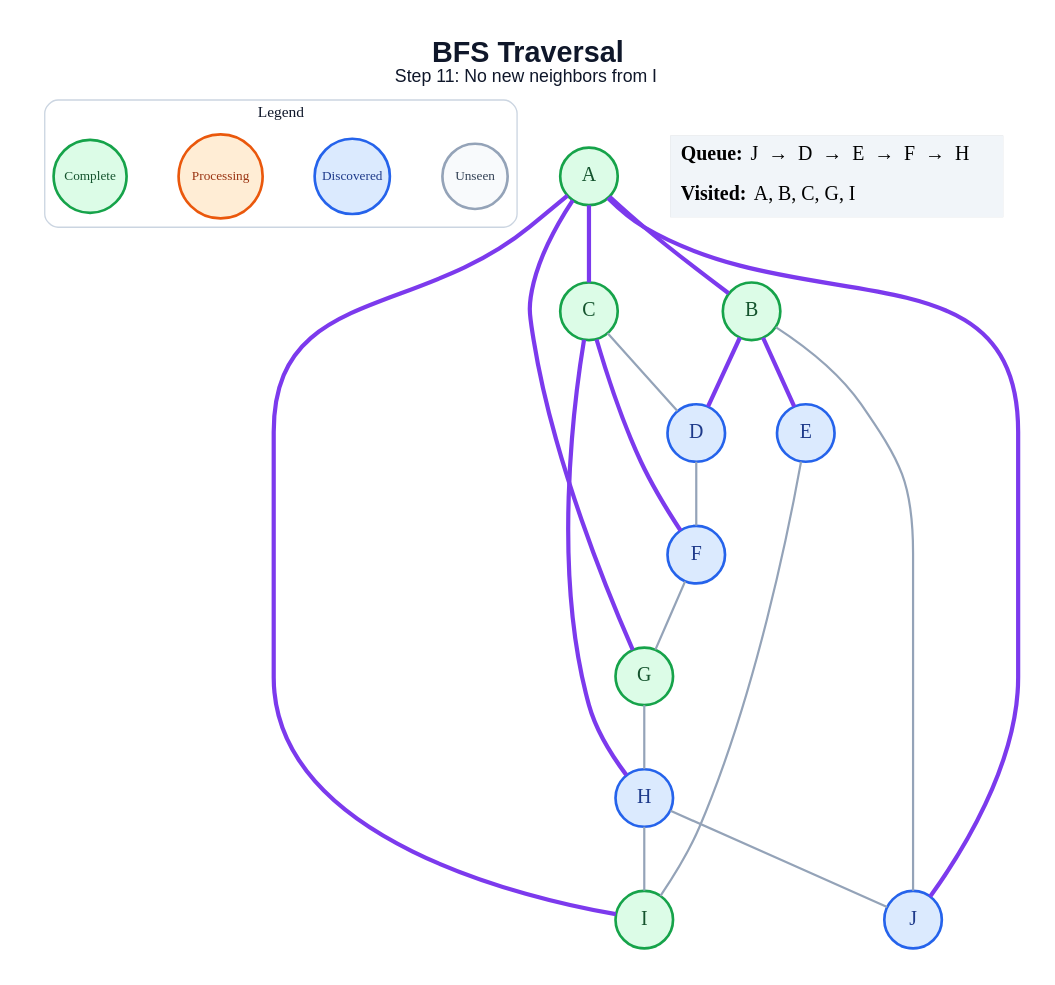
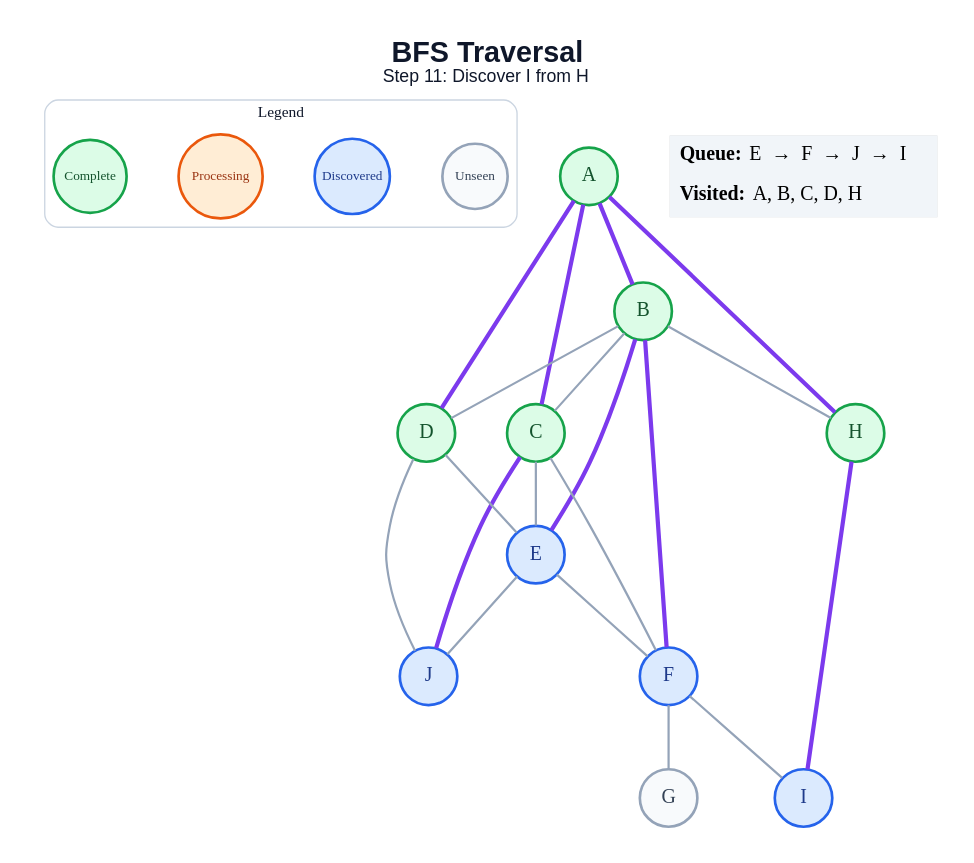
Before and after one commit to amanghodawala9/ai-slop: the diagram in generated/bfs/step_11.dot, drawn with Graphviz. The commit also changed 178 other files, not shown here.

```diff
--- a/generated/bfs/step_11.dot
+++ b/generated/bfs/step_11.dot
@@ -1,46 +1,48 @@
 graph traversal {
   graph [layout=dot, rankdir=TB, bgcolor="#FFFFFF", pad="0.35", nodesep="0.65", ranksep="0.8", fontname="Arial"];
   node [shape=circle, style="filled", fontname="Arial Bold", fontsize=18, width=0.72, fixedsize=true, penwidth=2.4];
   edge [color="#94A3B8", penwidth=2.0];
-  label=<<B>BFS Traversal</B><BR/><FONT POINT-SIZE="16">Step 11: No new neighbors from I</FONT>>; labelloc="t"; fontsize=26; fontname="Arial"; fontcolor="#0F172A";
+  label=<<B>BFS Traversal</B><BR/><FONT POINT-SIZE="16">Step 11: Discover I from H</FONT>>; labelloc="t"; fontsize=26; fontname="Arial"; fontcolor="#0F172A";
   subgraph cluster_legend { label="Legend"; color="#CBD5E1"; penwidth=1.2; style="rounded"; fontsize=14; fontname="Arial Bold";
     key_unseen [label="Unseen", fillcolor="#F8FAFC", color="#94A3B8", fontcolor="#334155", fontsize=12, width=0.82];
     key_frontier [label="Discovered", fillcolor="#DBEAFE", color="#2563EB", fontcolor="#1E3A8A", fontsize=12, width=0.95];
     key_current [label="Processing", fillcolor="#FFEDD5", color="#EA580C", fontcolor="#9A3412", fontsize=12, width=1.05];
     key_done [label="Complete", fillcolor="#DCFCE7", color="#16A34A", fontcolor="#14532D", fontsize=12, width=0.92];
     { rank=same; key_unseen; key_frontier; key_current; key_done; }
   }
   A [fillcolor="#DCFCE7", color="#16A34A", fontcolor="#14532D"];
   B [fillcolor="#DCFCE7", color="#16A34A", fontcolor="#14532D"];
   C [fillcolor="#DCFCE7", color="#16A34A", fontcolor="#14532D"];
-  D [fillcolor="#DBEAFE", color="#2563EB", fontcolor="#1E3A8A"];
+  D [fillcolor="#DCFCE7", color="#16A34A", fontcolor="#14532D"];
   E [fillcolor="#DBEAFE", color="#2563EB", fontcolor="#1E3A8A"];
   F [fillcolor="#DBEAFE", color="#2563EB", fontcolor="#1E3A8A"];
-  G [fillcolor="#DCFCE7", color="#16A34A", fontcolor="#14532D"];
-  H [fillcolor="#DBEAFE", color="#2563EB", fontcolor="#1E3A8A"];
-  I [fillcolor="#DCFCE7", color="#16A34A", fontcolor="#14532D"];
+  G [fillcolor="#F8FAFC", color="#94A3B8", fontcolor="#334155"];
+  H [fillcolor="#DCFCE7", color="#16A34A", fontcolor="#14532D"];
+  I [fillcolor="#DBEAFE", color="#2563EB", fontcolor="#1E3A8A"];
   J [fillcolor="#DBEAFE", color="#2563EB", fontcolor="#1E3A8A"];
   A -- B [color="#7C3AED", penwidth=3.8];
   A -- C [color="#7C3AED", penwidth=3.8];
-  A -- G [color="#7C3AED", penwidth=3.8];
-  A -- I [color="#7C3AED", penwidth=3.8];
-  A -- J [color="#7C3AED", penwidth=3.8];
-  B -- D [color="#7C3AED", penwidth=3.8];
+  A -- D [color="#7C3AED", penwidth=3.8];
+  A -- H [color="#7C3AED", penwidth=3.8];
+  B -- C;
+  B -- D;
   B -- E [color="#7C3AED", penwidth=3.8];
-  B -- J;
-  C -- D;
-  C -- F [color="#7C3AED", penwidth=3.8];
-  C -- H [color="#7C3AED", penwidth=3.8];
-  D -- F;
-  E -- I;
+  B -- F [color="#7C3AED", penwidth=3.8];
+  B -- H;
+  C -- E;
+  C -- F;
+  C -- J [color="#7C3AED", penwidth=3.8];
+  D -- E;
+  D -- J;
+  E -- F;
+  E -- J;
   F -- G;
-  G -- H;
-  H -- I;
-  H -- J;
+  F -- I;
+  H -- I [color="#7C3AED", penwidth=3.8];
   status [shape=plain, fixedsize=false, width=0, height=0, margin=0, label=<
     <TABLE BORDER="0" CELLBORDER="0" CELLPADDING="7" BGCOLOR="#F1F5F9">
-      <TR><TD ALIGN="LEFT"><B>Queue:</B> J  →  D  →  E  →  F  →  H</TD></TR>
-      <TR><TD ALIGN="LEFT"><B>Visited:</B> A, B, C, G, I</TD></TR>
+      <TR><TD ALIGN="LEFT"><B>Queue:</B> E  →  F  →  J  →  I</TD></TR>
+      <TR><TD ALIGN="LEFT"><B>Visited:</B> A, B, C, D, H</TD></TR>
     </TABLE>
   >];
 }
```
